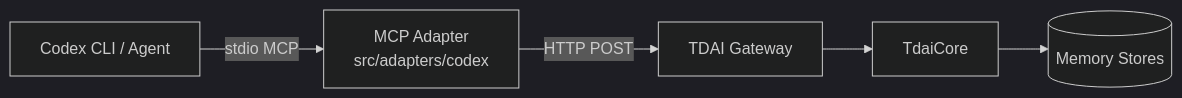
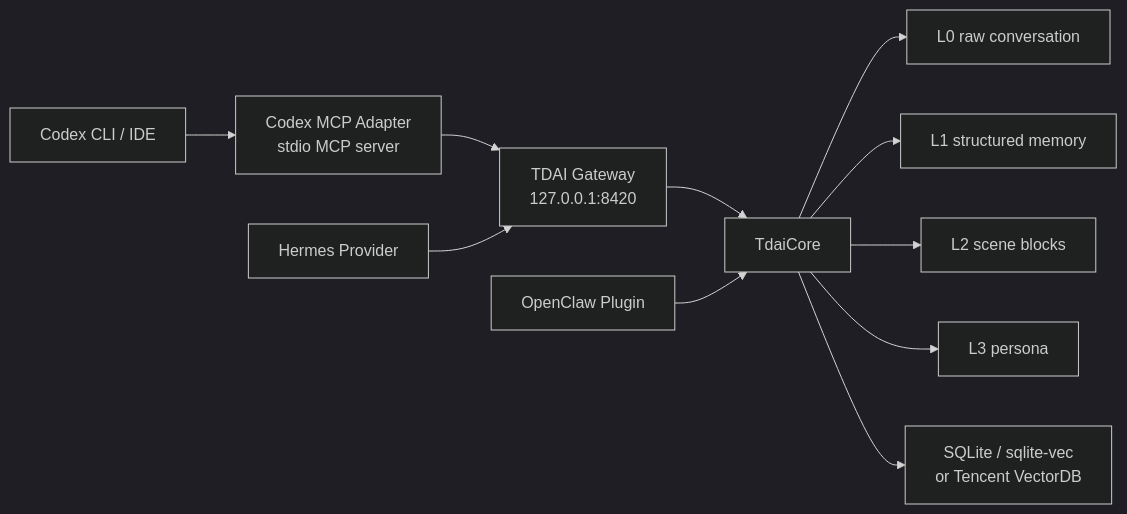
One commit to TencentCloud/TencentDB-Agent-Memory changed the diagram in docs/codex-adapter.md. Above: the diagram before and after it, drawn with Mermaid (dark theme). The commit also changed other lines of this file, not shown here.

Commit message:
docs(codex): correct gateway and codex mcp add instructions

````diff
--- a/docs/codex-adapter.md
+++ b/docs/codex-adapter.md
@@ -10,13 +14,14 @@
 ```mermaid
 flowchart LR
-    Codex[Codex CLI / Agent]
-    MCP[MCP Adapter<br/>src/adapters/codex]
-    Gateway[TDAI Gateway]
-    Core[TdaiCore]
-    Stores[(Memory Stores)]
+    Codex["Codex CLI / IDE"] --> MCP["Codex MCP Adapter<br/>stdio MCP server"]
+    MCP --> GW["TDAI Gateway<br/>127.0.0.1:8420"]
+    GW --> Core["TdaiCore"]
+    Core --> L0["L0 raw conversation"]
+    Core --> L1["L1 structured memory"]
+    Core --> L2["L2 scene blocks"]
+    Core --> L3["L3 persona"]
+    Core --> Store["SQLite / sqlite-vec<br/>or Tencent VectorDB"]
 
-    Codex -->|stdio MCP| MCP
-    MCP -->|HTTP POST| Gateway
-    Gateway --> Core
-    Core --> Stores
+    OpenClaw["OpenClaw Plugin"] --> Core
+    Hermes["Hermes Provider"] --> GW
 ```
````
